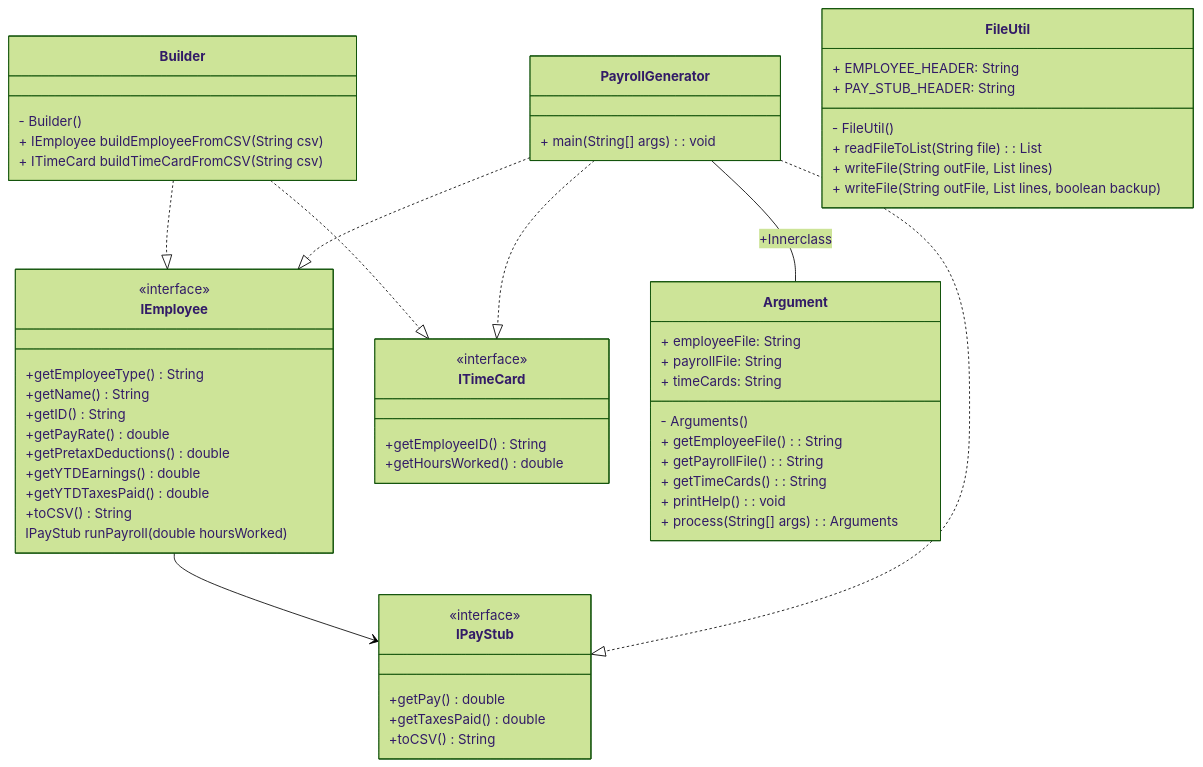
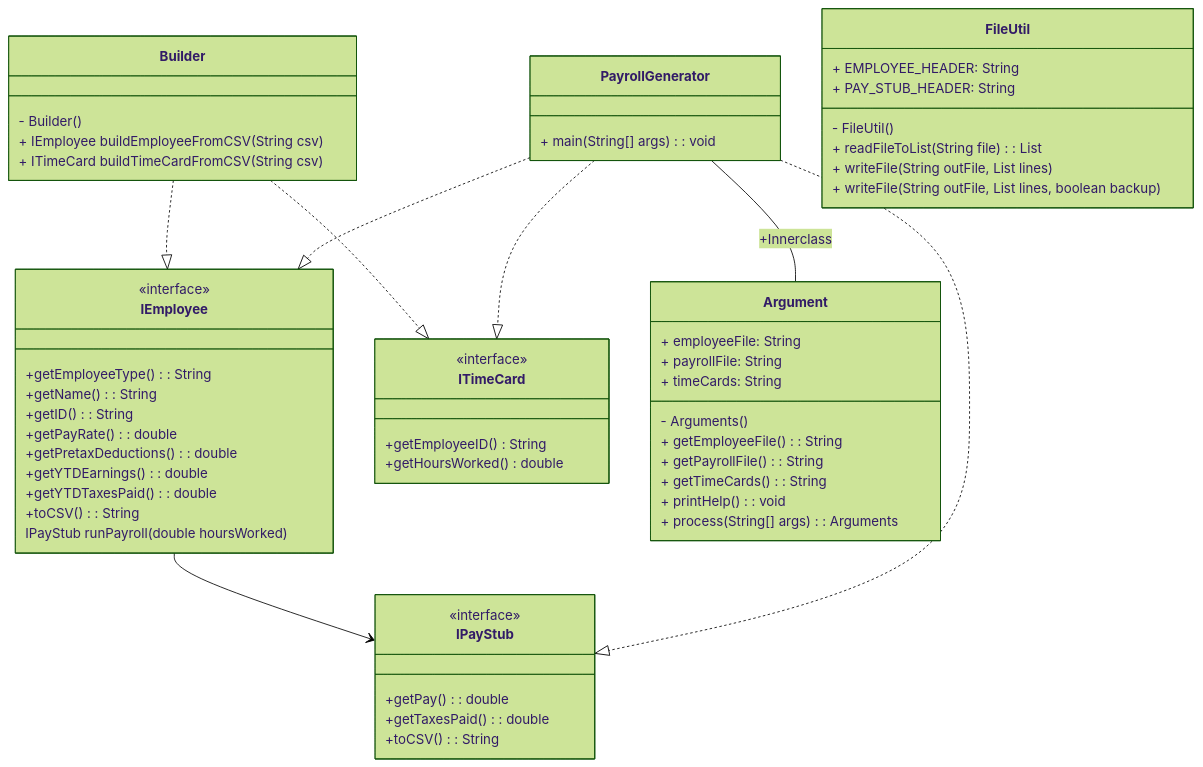
One commit to 5004-SEA-Fa24-Geeng/payroll-gen-lucyyyychen changed the diagram in DesignDocument.md. Above: the diagram before and after it, drawn with Mermaid (forest theme). The commit also changed other lines of this file and 6 other files, not shown here.

````diff
--- a/DesignDocument.md
+++ b/DesignDocument.md
@@ -11,69 +11,69 @@
 ```mermaid
 classDiagram
     
     IEmployee --> IPayStub
     Builder ..|> IEmployee
     Builder ..|> ITimeCard
     PayrollGenerator ..|> IEmployee
     PayrollGenerator ..|> IPayStub
     PayrollGenerator ..|> ITimeCard
     PayrollGenerator -- Argument : +Innerclass
 
     class IPayStub {
         <<interface>>
-        +getPay() double
-        +getTaxesPaid() double
-        +toCSV() String
+        +getPay(): double
+        +getTaxesPaid(): double
+        +toCSV(): String
     }
     
     class IEmployee {
         <<interface>>
-        +getEmployeeType() String
-        +getName() String
-        +getID() String
-        +getPayRate() double
-        +getPretaxDeductions() double
-        +getYTDEarnings() double
-        +getYTDTaxesPaid() double
-        +toCSV() String
+        +getEmployeeType(): String
+        +getName(): String
+        +getID(): String
+        +getPayRate(): double
+        +getPretaxDeductions(): double
+        +getYTDEarnings(): double
+        +getYTDTaxesPaid(): double
+        +toCSV(): String
         IPayStub runPayroll(double hoursWorked)
     }
 
     class ITimeCard {
         <<interface>>
         +getEmployeeID() String
         +getHoursWorked() double
     }
     
     class Builder {
         - Builder()
         + IEmployee buildEmployeeFromCSV(String csv)
         + ITimeCard buildTimeCardFromCSV(String csv)
     }
     class FileUtil {
         + EMPLOYEE_HEADER: String
         + PAY_STUB_HEADER: String
         - FileUtil()
         + readFileToList(String file): List<String>
         + writeFile(String outFile, List<String> lines)
         + writeFile(String outFile, List<String> lines, boolean backup)
         
     }
     class PayrollGenerator {
         + main(String[] args): void
     }
     class Argument {
         + employeeFile: String 
         + payrollFile: String
         + timeCards: String
         - Arguments()
         + getEmployeeFile(): String
         + getPayrollFile(): String
         + getTimeCards(): String
         + printHelp(): void
         + process(String[] args): Arguments
     }
     
 
 
 ```
````
